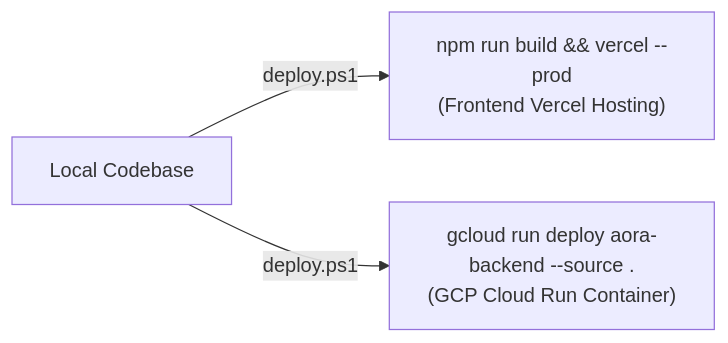
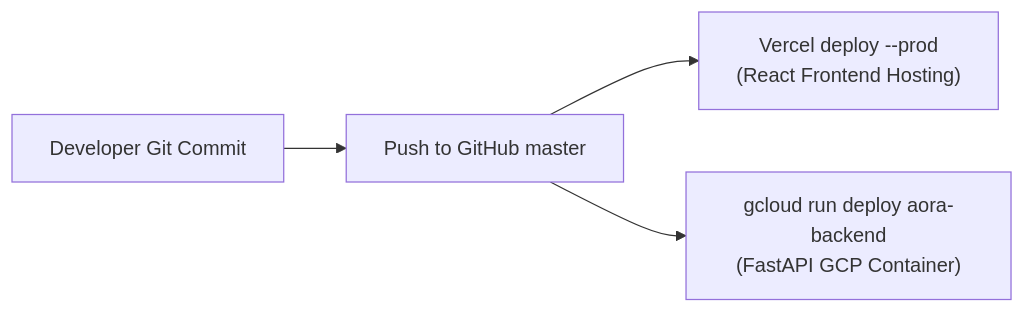
The tenth of 11 diagrams in README.md (Zayannnnn/market-analyser), drawn with Mermaid before and after one commit. The commit also changed other lines of this file, not shown here.

Commit message:
docs: release flagship AORA Engine Enterprise Edition README

````diff
--- a/README.md
+++ b/README.md
@@ -192,5 +250,6 @@
 ```mermaid
 graph LR
-    LocalCode["Local Codebase"] -->|deploy.ps1| FrontendDeploy["npm run build && vercel --prod\n(Frontend Vercel Hosting)"]
-    LocalCode -->|deploy.ps1| BackendDeploy["gcloud run deploy aora-backend --source .\n(GCP Cloud Run Container)"]
+    Developer["Developer Git Commit"] --> Push["Push to GitHub master"]
+    Push --> Vercel["Vercel deploy --prod\n(React Frontend Hosting)"]
+    Push --> GCP["gcloud run deploy aora-backend\n(FastAPI GCP Container)"]
 ```
````
